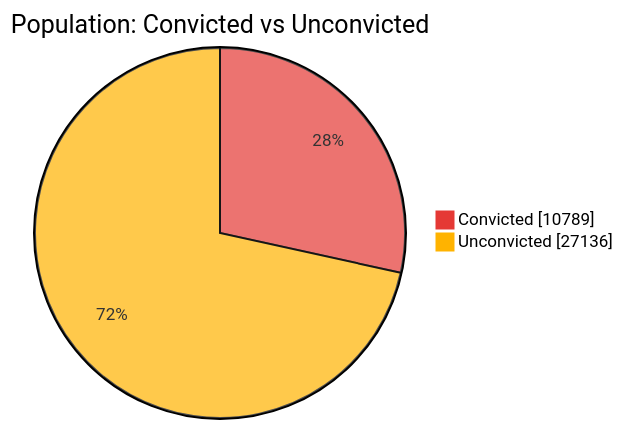
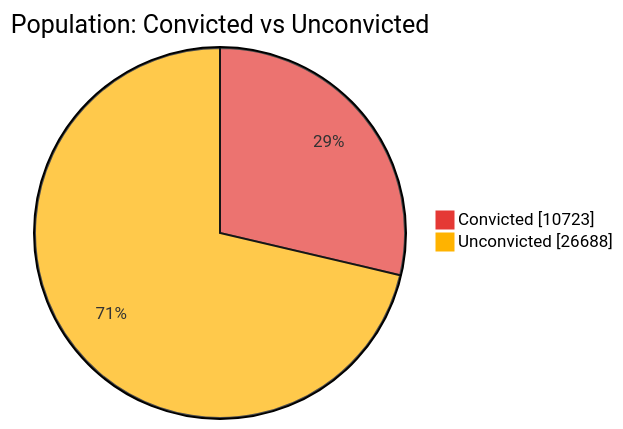
The first of 7 diagrams in README.md (nuuuwan/lk_prisons), drawn with Mermaid before and after one commit. The commit also changed other lines of this file and 1 other file, not shown here.

````diff
--- a/README.md
+++ b/README.md
@@ -43,6 +43,6 @@
 ```mermaid
 %%{init: {'themeVariables': {'pie1': '#E53935', 'pie2': '#FFB300'}}}%%
 pie showData title Population: Convicted vs Unconvicted
-    "Convicted" : 10789
-    "Unconvicted" : 27136
+    "Convicted" : 10723
+    "Unconvicted" : 26688
 ```
````
